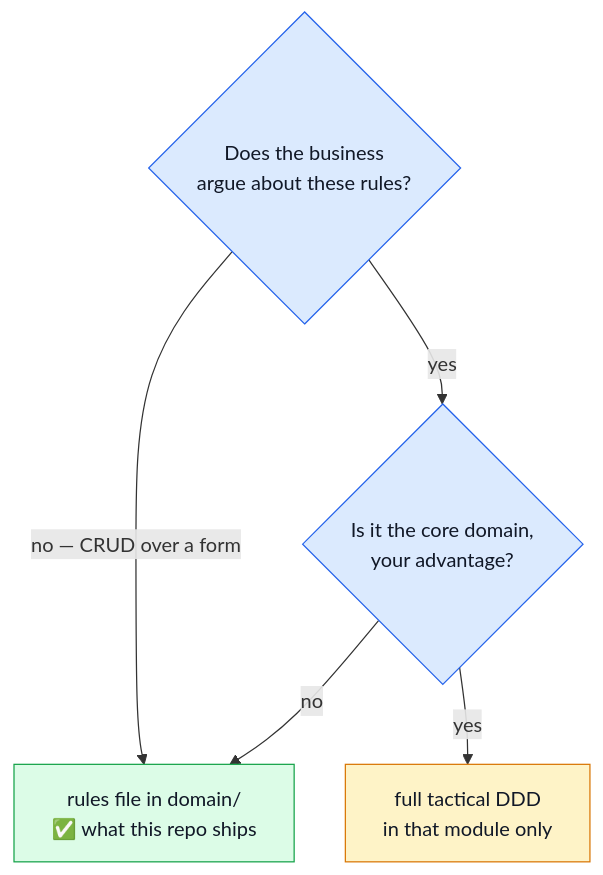
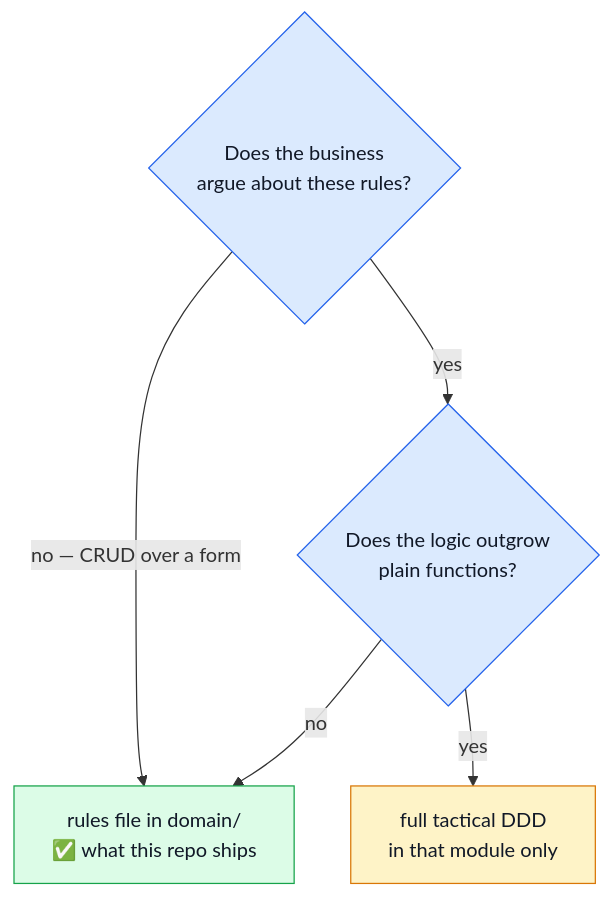
One commit to Guebbit/boilerplate-node-backend changed the sixth of 6 diagrams in docs/theory/domain-layer.md. Above: the diagram before and after it, drawn with Mermaid. The commit also changed other lines of this file and 17 other files, not shown here.

````diff
--- a/docs/theory/domain-layer.md
+++ b/docs/theory/domain-layer.md
@@ -369,16 +370,16 @@
 ```mermaid
 %%{init: {'flowchart': {'nodeSpacing': 30, 'rankSpacing': 40}}}%%
 flowchart TD
     Q{"Does the business<br/>argue about these rules?"}
     Q -->|"no — CRUD over a form"| A["rules file in domain/<br/>✅ what this repo ships"]
-    Q -->|yes| Q2{"Is it the core domain,<br/>your advantage?"}
+    Q -->|yes| Q2{"Does the logic outgrow<br/>plain functions?"}
     Q2 -->|no| A
     Q2 -->|yes| B["full tactical DDD<br/>in that module only"]
 
     classDef ask fill:#dbeafe,stroke:#2563eb,color:#111827;
     classDef cheap fill:#dcfce7,stroke:#16a34a,color:#111827;
     classDef costly fill:#fef3c7,stroke:#d97706,color:#111827;
     class Q,Q2 ask;
     class A cheap;
     class B costly;
 ```
````
